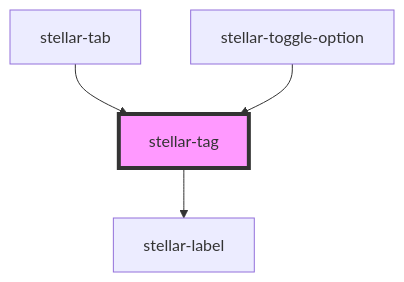
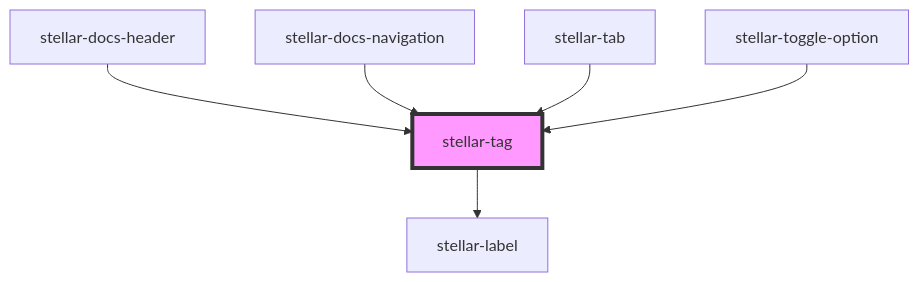
Before and after one commit to splitinfinities/Stellar: the diagram in src/components/ui/tag/readme.md, drawn with Mermaid. The commit also changed other lines of this file and 50 other files, not shown here.

````diff
--- a/src/components/ui/tag/readme.md
+++ b/src/components/ui/tag/readme.md
@@ -76,7 +78,9 @@
 ```mermaid
 graph TD;
   stellar-tag --> stellar-label
+  stellar-docs-header --> stellar-tag
+  stellar-docs-navigation --> stellar-tag
   stellar-tab --> stellar-tag
   stellar-toggle-option --> stellar-tag
   style stellar-tag fill:#f9f,stroke:#333,stroke-width:4px
 ```
````
